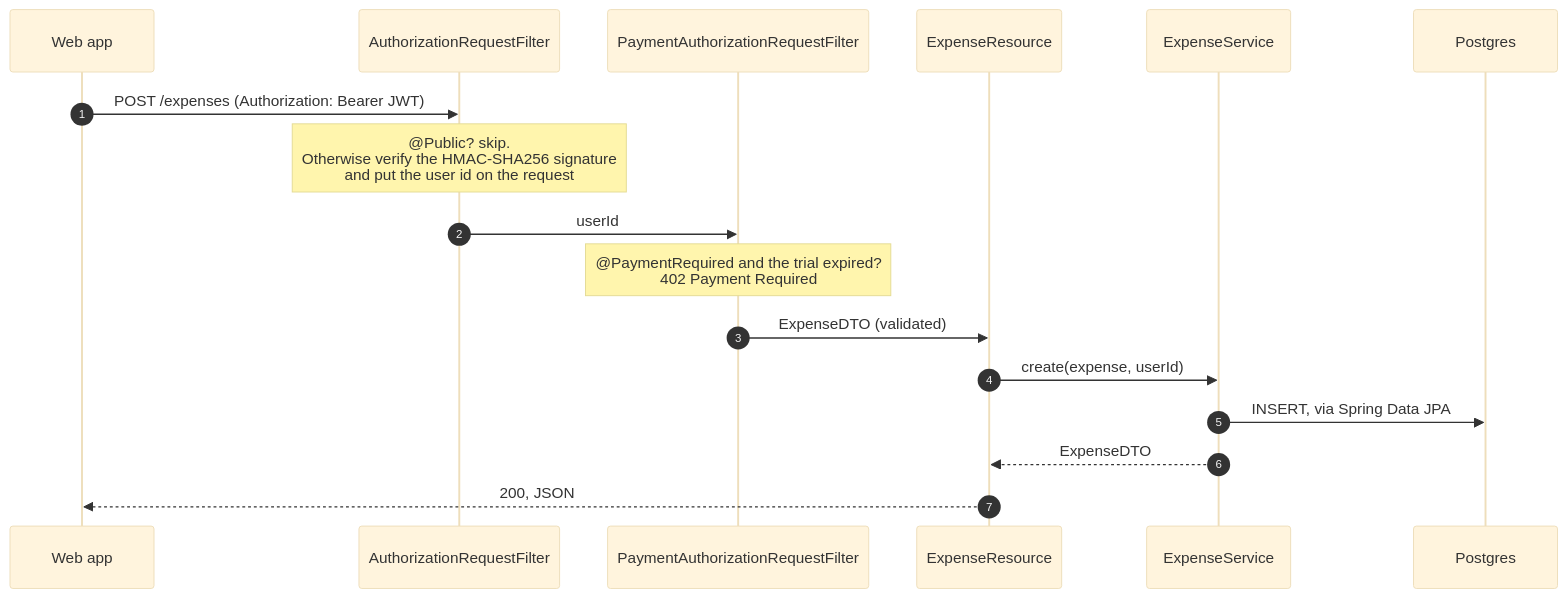
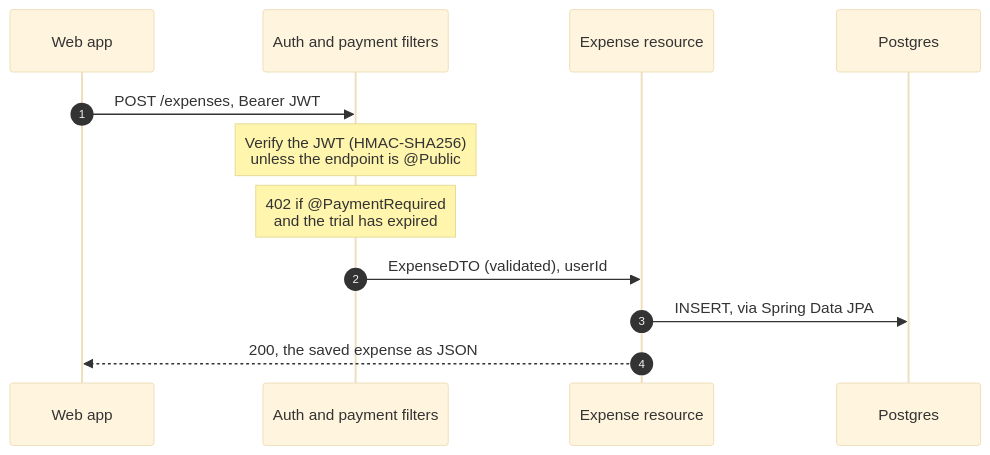
Before and after one commit to ioanlucut/revaluate-api: the third of 3 diagrams in README.md, drawn with Mermaid (base theme). The commit also changed other lines of this file and 1 other file, not shown here.

````diff
--- a/README.md
+++ b/README.md
@@ -124,19 +124,14 @@
 ```mermaid
 sequenceDiagram
     autonumber
     participant C as Web app
-    participant F as AuthorizationRequestFilter
-    participant P as PaymentAuthorizationRequestFilter
-    participant R as ExpenseResource
-    participant S as ExpenseService
+    participant F as Auth and payment filters
+    participant R as Expense resource
     participant D as Postgres
-    C->>F: POST /expenses (Authorization: Bearer JWT)
-    Note over F: @Public? skip.<br/>Otherwise verify the HMAC-SHA256 signature<br/>and put the user id on the request
-    F->>P: userId
-    Note over P: @PaymentRequired and the trial expired?<br/>402 Payment Required
-    P->>R: ExpenseDTO (validated)
-    R->>S: create(expense, userId)
-    S->>D: INSERT, via Spring Data JPA
-    S-->>R: ExpenseDTO
-    R-->>C: 200, JSON
+    C->>F: POST /expenses, Bearer JWT
+    Note over F: Verify the JWT (HMAC-SHA256)<br/>unless the endpoint is @Public
+    Note over F: 402 if @PaymentRequired<br/>and the trial has expired
+    F->>R: ExpenseDTO (validated), userId
+    R->>D: INSERT, via Spring Data JPA
+    R-->>C: 200, the saved expense as JSON
 ```
````
